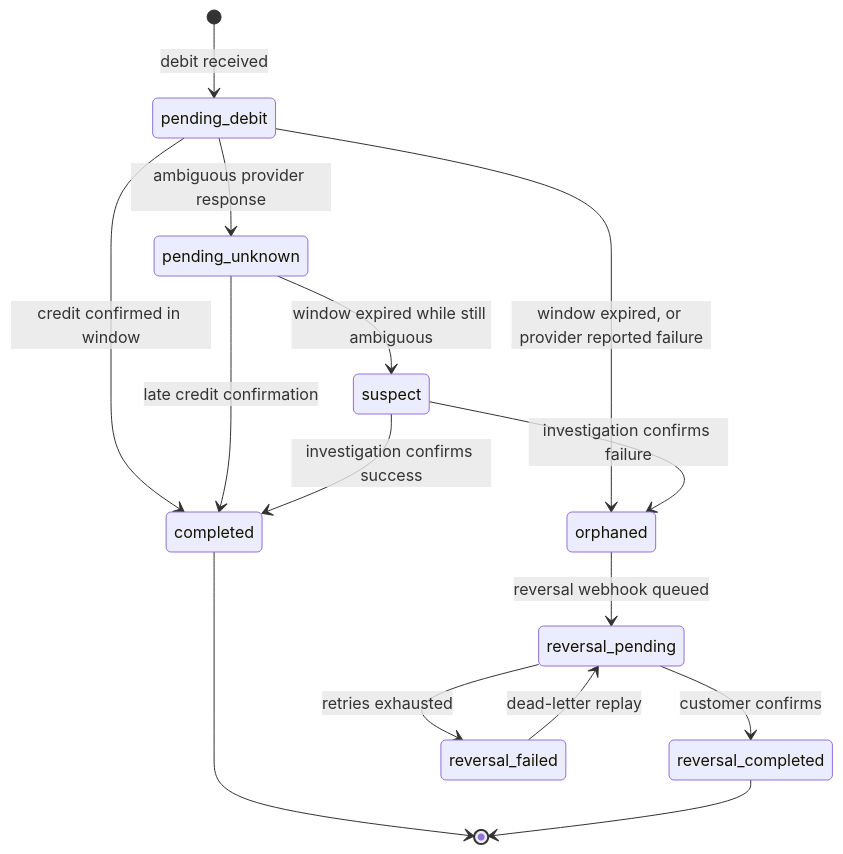
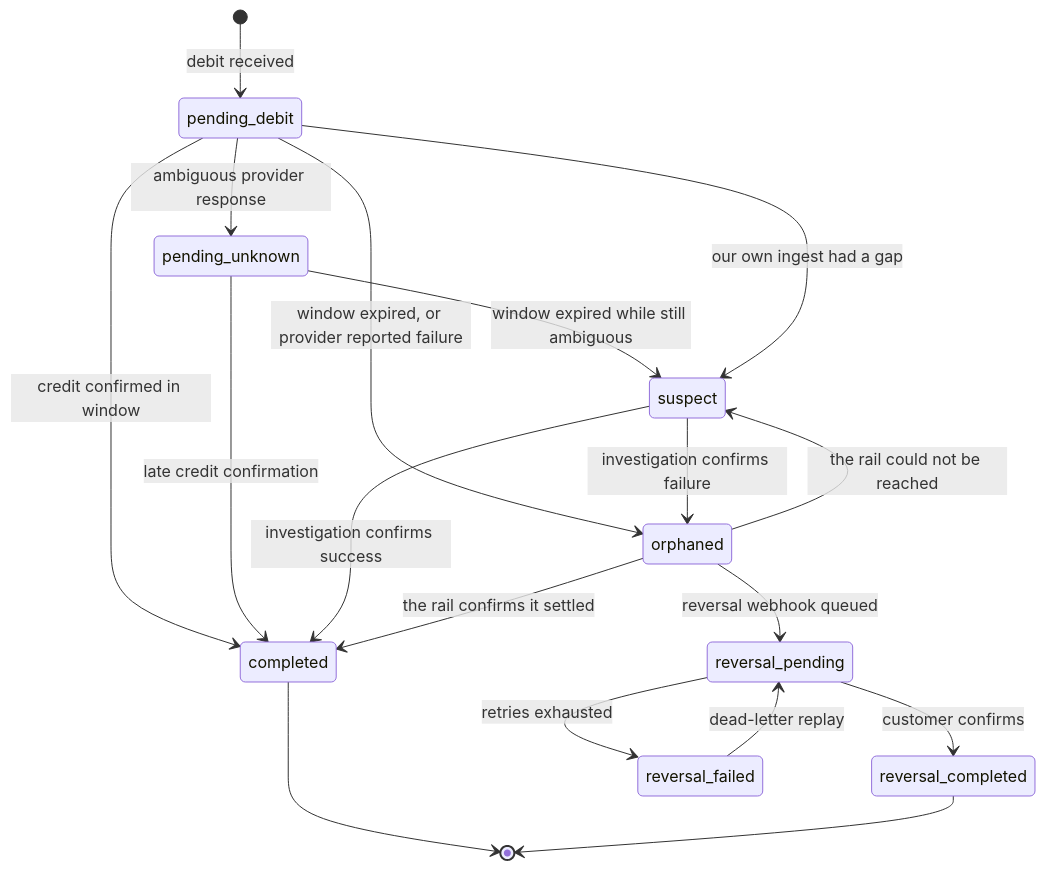
One commit to nobledeveloper01/ReconSync changed the second of 2 diagrams in README.md. Above: the diagram before and after it, drawn with Mermaid. The commit also changed other lines of this file and 11 other files, not shown here.

````diff
--- a/README.md
+++ b/README.md
@@ -91,17 +91,20 @@
 ```mermaid
 stateDiagram-v2
     [*] --> pending_debit: debit received
     pending_debit --> completed: credit confirmed in window
     pending_debit --> pending_unknown: ambiguous provider response
     pending_debit --> orphaned: window expired, or provider reported failure
     pending_unknown --> completed: late credit confirmation
     pending_unknown --> suspect: window expired while still ambiguous
     suspect --> orphaned: investigation confirms failure
     suspect --> completed: investigation confirms success
+    pending_debit --> suspect: our own ingest had a gap
+    orphaned --> completed: the rail confirms it settled
+    orphaned --> suspect: the rail could not be reached
     orphaned --> reversal_pending: reversal webhook queued
     reversal_pending --> reversal_completed: customer confirms
     reversal_pending --> reversal_failed: retries exhausted
     reversal_failed --> reversal_pending: dead-letter replay
     completed --> [*]
     reversal_completed --> [*]
 ```
````
